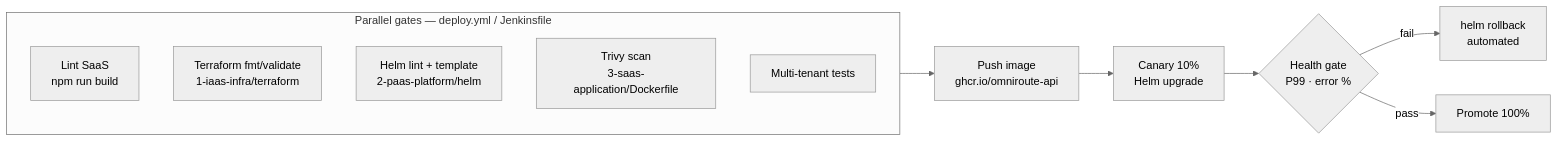
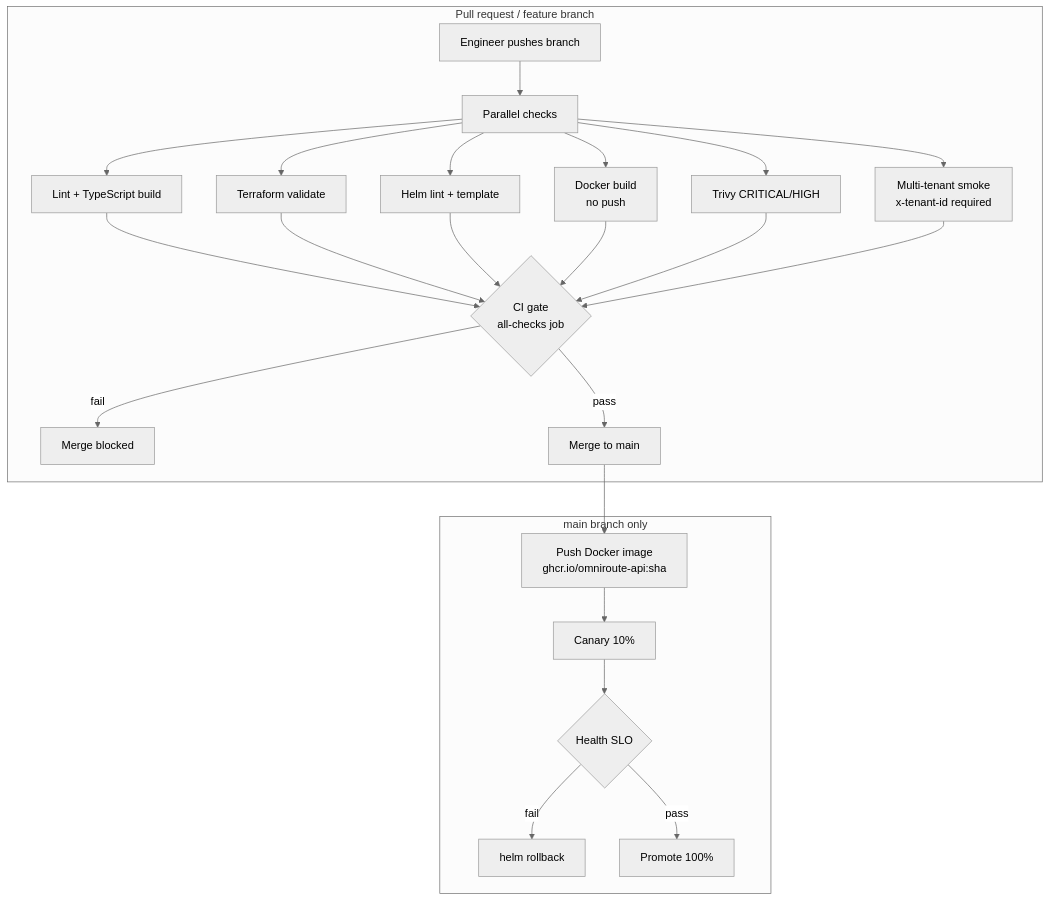
Diagram 12 of 12 in README.md (bharat2476/Integration), drawn with Mermaid (neutral theme) before and after one commit. The commit also changed other lines of this file and 10 other files, not shown here.

````diff
--- a/README.md
+++ b/README.md
@@ -491,16 +518,24 @@
 ```mermaid
-flowchart LR
-  subgraph parallel [Parallel gates — deploy.yml / Jenkinsfile]
-    L[Lint SaaS\nnpm run build]
-    TF[Terraform fmt/validate\n1-iaas-infra/terraform]
-    H[Helm lint + template\n2-paas-platform/helm]
-    TV[Trivy scan\n3-saas-application/Dockerfile]
-    MT[Multi-tenant tests]
+flowchart TB
+  subgraph pr [Pull request / feature branch]
+    DEV[Engineer pushes branch]
+    DEV --> PAR[Parallel checks]
+    PAR --> L[Lint + TypeScript build]
+    PAR --> TF[Terraform validate]
+    PAR --> H[Helm lint + template]
+    PAR --> D[Docker build\nno push]
+    PAR --> TV[Trivy CRITICAL/HIGH]
+    PAR --> MT[Multi-tenant smoke\nx-tenant-id required]
+    L & TF & H & D & TV & MT --> GATE{CI gate\nall-checks job}
+    GATE -->|fail| BLOCK[Merge blocked]
+    GATE -->|pass| MERGE[Merge to main]
   end
 
-  parallel --> PUSH[Push image\nghcr.io/omniroute-api]
-  PUSH --> CAN[Canary 10%\nHelm upgrade]
-  CAN --> HG{Health gate\nP99 · error %}
-  HG -->|fail| RB[helm rollback\nautomated]
-  HG -->|pass| PR[Promote 100%]
+  subgraph mainflow [main branch only]
+    MERGE --> PUSH[Push Docker image\nghcr.io/omniroute-api:sha]
+    PUSH --> CAN[Canary 10%]
+    CAN --> HG{Health SLO}
+    HG -->|fail| RB[helm rollback]
+    HG -->|pass| FULL[Promote 100%]
+  end
 ```
````
